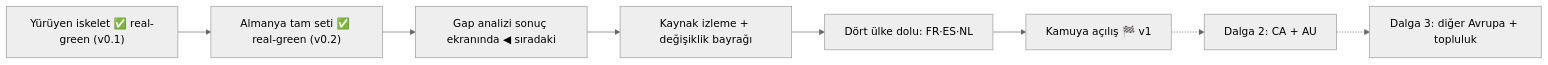
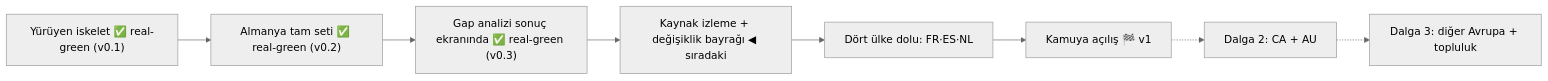
The diagram in KANBAN.md (OytunOnal/permit-rulebook), drawn with Mermaid (neutral theme) before and after one commit. The commit also changed other lines of this file and 3 other files, not shown here.

Commit message:
Ledgers: v0.3 real-green, architecture updated, s4 boundary next

````diff
--- a/KANBAN.md
+++ b/KANBAN.md
@@ -8,10 +8,10 @@
 ```mermaid
 flowchart LR
     A["Yürüyen iskelet ✅ real-green (v0.1)"] --> B["Almanya tam seti ✅ real-green (v0.2)"]
-    B --> C["Gap analizi sonuç ekranında ◀ sıradaki"]
-    C --> D["Kaynak izleme + değişiklik bayrağı"]
+    B --> C["Gap analizi sonuç ekranında ✅ real-green (v0.3)"]
+    C --> D["Kaynak izleme + değişiklik bayrağı ◀ sıradaki"]
     D --> E["Dört ülke dolu: FR·ES·NL"]
     E --> F["Kamuya açılış 🏁 v1"]
     F -.-> G["Dalga 2: CA + AU"]
     G -.-> H["Dalga 3: diğer Avrupa + topluluk"]
 ```
````
